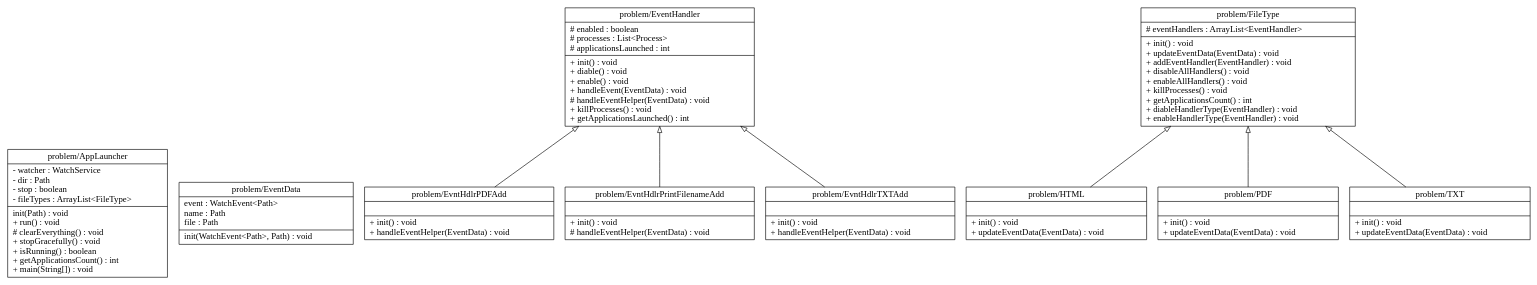
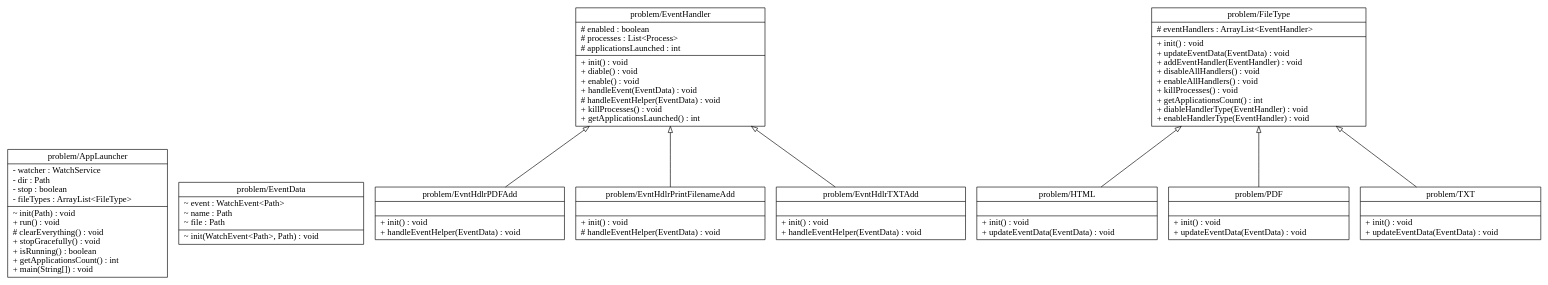
Before and after one commit to mcgarrdg/UMLGenerator: the diagram in files/Milestone 1/lab13.dot, drawn with Graphviz. The commit also changed 3 other files, not shown here.

```diff
--- a/files/Milestone 1/lab13.dot
+++ b/files/Milestone 1/lab13.dot
@@ -1,50 +1,50 @@
 digraph "Test_UML"{
 	rankdir = BT
 	"problem/AppLauncher" [
 	shape = "record",
-	label = "{problem/AppLauncher|- watcher : WatchService\l- dir : Path\l- stop : boolean\l- fileTypes : ArrayList\<FileType\>\l|init(Path) : void\l+ run() : void\l# clearEverything() : void\l+ stopGracefully() : void\l+ isRunning() : boolean\l+ getApplicationsCount() : int\l+ main(String[]) : void\l}"
+	label = "{problem/AppLauncher|- watcher : WatchService\l- dir : Path\l- stop : boolean\l- fileTypes : ArrayList\<FileType\>\l|~ init(Path) : void\l+ run() : void\l# clearEverything() : void\l+ stopGracefully() : void\l+ isRunning() : boolean\l+ getApplicationsCount() : int\l+ main(String[]) : void\l}"
 ];
 	"problem/EventData" [
 	shape = "record",
-	label = "{problem/EventData|event : WatchEvent\<Path\>\lname : Path\lfile : Path\l|init(WatchEvent\<Path\>, Path) : void\l}"
+	label = "{problem/EventData|~ event : WatchEvent\<Path\>\l~ name : Path\l~ file : Path\l|~ init(WatchEvent\<Path\>, Path) : void\l}"
 ];
 	"problem/EventHandler" [
 	shape = "record",
 	label = "{problem/EventHandler|# enabled : boolean\l# processes : List\<Process\>\l# applicationsLaunched : int\l|+ init() : void\l+ diable() : void\l+ enable() : void\l+ handleEvent(EventData) : void\l# handleEventHelper(EventData) : void\l+ killProcesses() : void\l+ getApplicationsLaunched() : int\l}"
 ];
 	"problem/EvntHdlrPDFAdd" [
 	shape = "record",
 	label = "{problem/EvntHdlrPDFAdd||+ init() : void\l+ handleEventHelper(EventData) : void\l}"
 ];
 	"problem/EvntHdlrPrintFilenameAdd" [
 	shape = "record",
 	label = "{problem/EvntHdlrPrintFilenameAdd||+ init() : void\l# handleEventHelper(EventData) : void\l}"
 ];
 	"problem/EvntHdlrTXTAdd" [
 	shape = "record",
 	label = "{problem/EvntHdlrTXTAdd||+ init() : void\l+ handleEventHelper(EventData) : void\l}"
 ];
 	"problem/FileType" [
 	shape = "record",
 	label = "{problem/FileType|# eventHandlers : ArrayList\<EventHandler\>\l|+ init() : void\l+ updateEventData(EventData) : void\l+ addEventHandler(EventHandler) : void\l+ disableAllHandlers() : void\l+ enableAllHandlers() : void\l+ killProcesses() : void\l+ getApplicationsCount() : int\l+ diableHandlerType(EventHandler) : void\l+ enableHandlerType(EventHandler) : void\l}"
 ];
 	"problem/HTML" [
 	shape = "record",
 	label = "{problem/HTML||+ init() : void\l+ updateEventData(EventData) : void\l}"
 ];
 	"problem/PDF" [
 	shape = "record",
 	label = "{problem/PDF||+ init() : void\l+ updateEventData(EventData) : void\l}"
 ];
 	"problem/TXT" [
 	shape = "record",
 	label = "{problem/TXT||+ init() : void\l+ updateEventData(EventData) : void\l}"
 ];
 "problem/EvntHdlrPDFAdd" -> "problem/EventHandler" [arrowhead="onormal", style=""];
 "problem/EvntHdlrPrintFilenameAdd" -> "problem/EventHandler" [arrowhead="onormal", style=""];
 "problem/EvntHdlrTXTAdd" -> "problem/EventHandler" [arrowhead="onormal", style=""];
 "problem/HTML" -> "problem/FileType" [arrowhead="onormal", style=""];
 "problem/PDF" -> "problem/FileType" [arrowhead="onormal", style=""];
 "problem/TXT" -> "problem/FileType" [arrowhead="onormal", style=""];
 
 }
```
